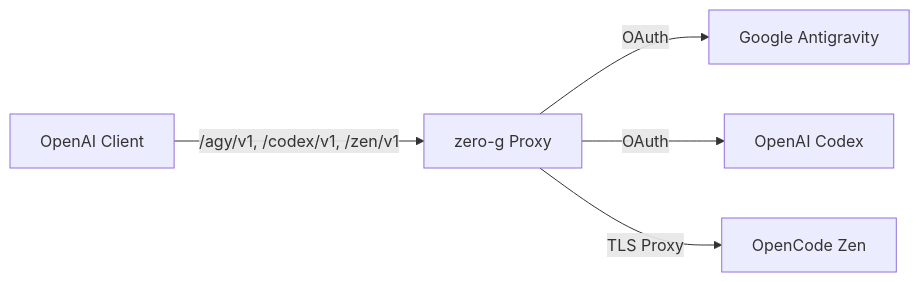
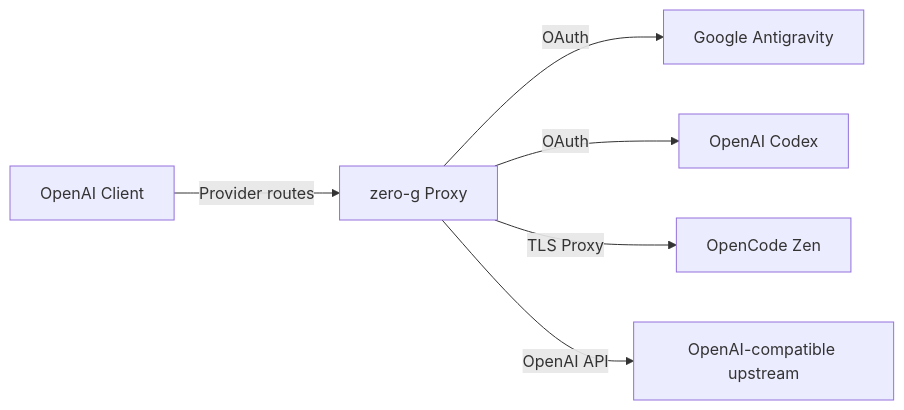
One commit to Delnegend/zero-g changed the diagram in README.md. Above: the diagram before and after it, drawn with Mermaid. The commit also changed other lines of this file and 13 other files, not shown here.

First line of the commit message:
feat(provider): add OpenAI-compatible upstream

````diff
--- a/README.md
+++ b/README.md
@@ -60,7 +60,8 @@
 ```mermaid
 flowchart LR
-    Client[OpenAI Client] -->|/agy/v1, /codex/v1, /zen/v1| ZeroG[zero-g Proxy]
+    Client[OpenAI Client] -->|Provider routes| ZeroG[zero-g Proxy]
     ZeroG -->|OAuth| CCA[Google Antigravity]
     ZeroG -->|OAuth| Codex[OpenAI Codex]
     ZeroG -->|TLS Proxy| Zen[OpenCode Zen]
+    ZeroG -->|OpenAI API| Custom[OpenAI-compatible upstream]
 ```
````
